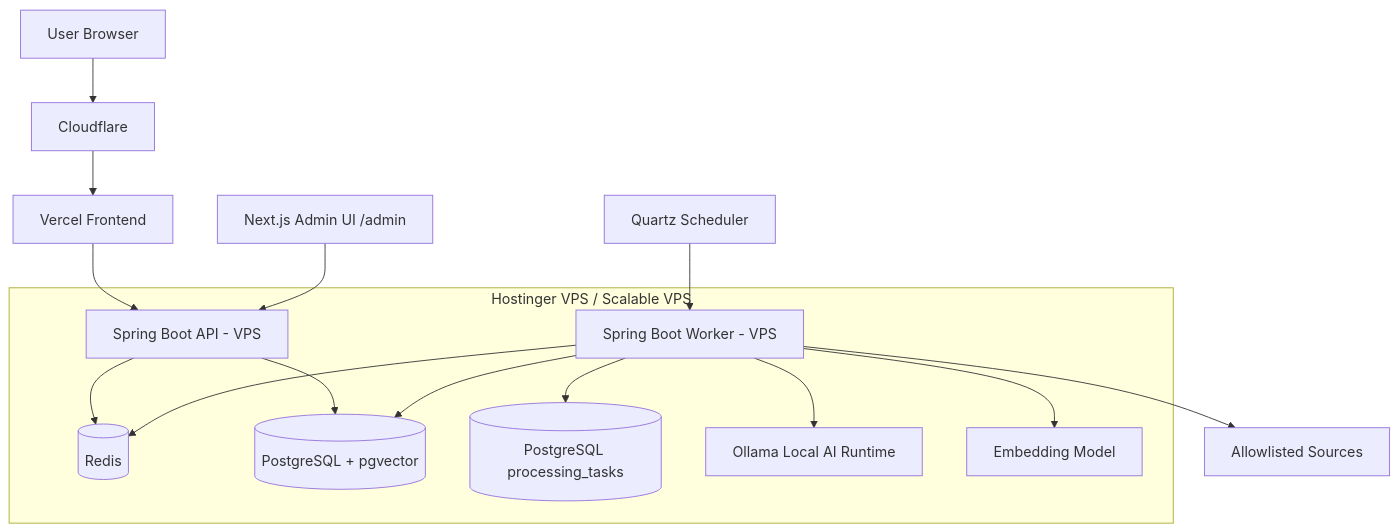
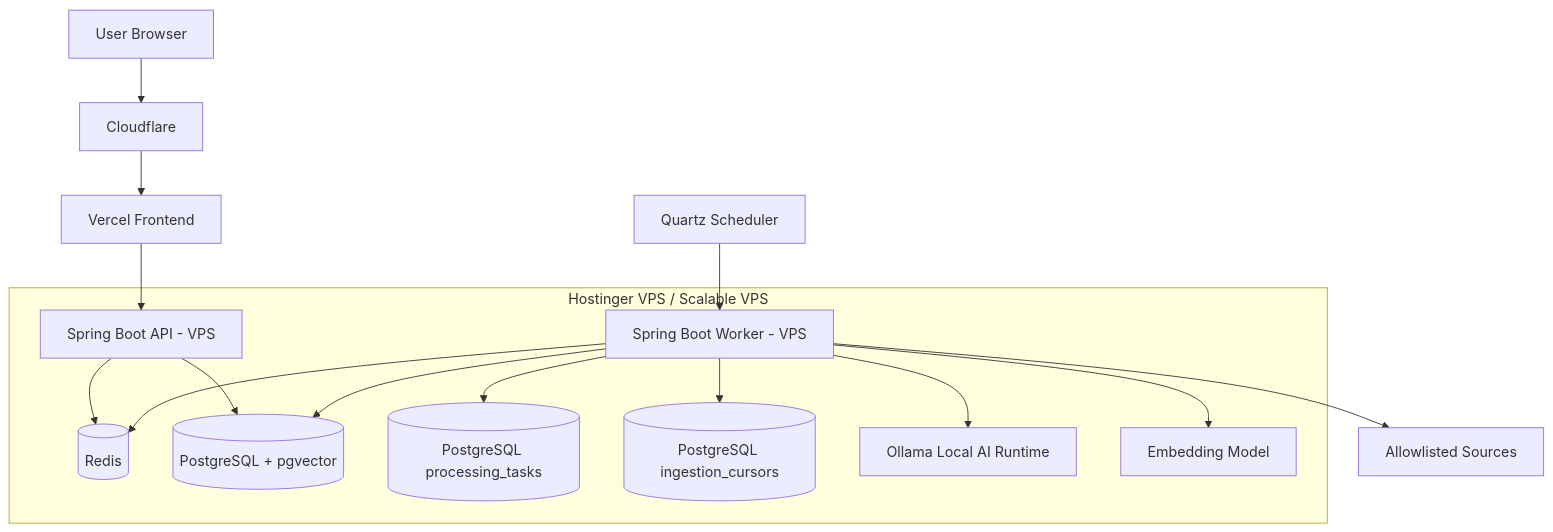
Before and after one commit to tahniat-ashraf/Jababdihi: the first of 3 diagrams in docs/technical-design.md, drawn with Mermaid. The commit also changed other lines of this file and 20 other files, not shown here.

Commit message:
Add current ingestion worker cursors

````diff
--- a/docs/technical-design.md
+++ b/docs/technical-design.md
@@ -461,30 +460,30 @@
 ```mermaid
 flowchart TD
     User[User Browser] --> CF[Cloudflare]
     CF --> Vercel[Vercel Frontend]
     Vercel --> API[Spring Boot API - VPS]
 
     API --> Redis[(Redis)]
     API --> PG[(PostgreSQL + pgvector)]
 
-    Admin[Next.js Admin UI /admin] --> API
-
     Quartz[Quartz Scheduler] --> Worker[Spring Boot Worker - VPS]
     Worker --> TaskQueue[(PostgreSQL processing_tasks)]
+    Worker --> Cursors[(PostgreSQL ingestion_cursors)]
     Worker --> PG
     Worker --> Redis
     Worker --> Ollama[Ollama Local AI Runtime]
     Worker --> Embed[Embedding Model]
 
     Worker --> Publishers[Allowlisted Sources]
 
     subgraph VPS[Hostinger VPS / Scalable VPS]
         API
         Worker
         PG
         Redis
         Ollama
         Embed
         TaskQueue
+        Cursors
     end
 ```
````
